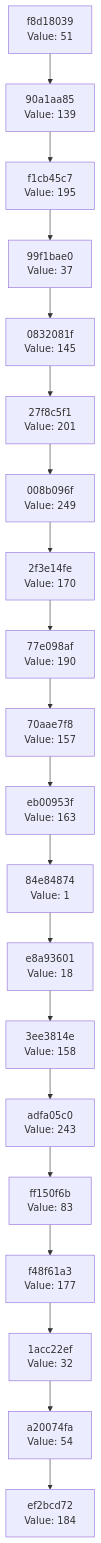
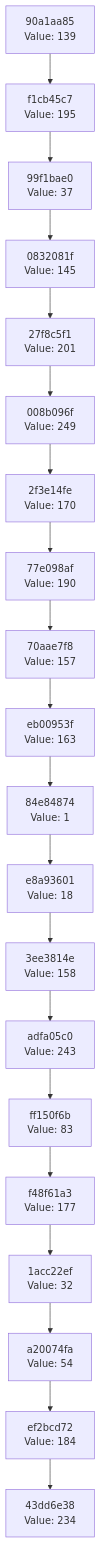
Before and after one commit to Abhisheksinha1506/hash-chain-evolver: the diagram in docs/CHAIN_VISUALIZATION.md, drawn with Mermaid. The commit also changed 2 other files, not shown here.

Commit message:
Evolution step: hash 0xEA → action executed

````diff
--- a/docs/CHAIN_VISUALIZATION.md
+++ b/docs/CHAIN_VISUALIZATION.md
@@ -3,42 +3,42 @@
 ```mermaid
 graph TD
-    C0["ef2bcd72<br/>Value: 184"]
-    C1["a20074fa<br/>Value: 54"]
+    C0["43dd6e38<br/>Value: 234"]
+    C1["ef2bcd72<br/>Value: 184"]
     C1 --> C0
-    C2["1acc22ef<br/>Value: 32"]
+    C2["a20074fa<br/>Value: 54"]
     C2 --> C1
-    C3["f48f61a3<br/>Value: 177"]
+    C3["1acc22ef<br/>Value: 32"]
     C3 --> C2
-    C4["ff150f6b<br/>Value: 83"]
+    C4["f48f61a3<br/>Value: 177"]
     C4 --> C3
-    C5["adfa05c0<br/>Value: 243"]
+    C5["ff150f6b<br/>Value: 83"]
     C5 --> C4
-    C6["3ee3814e<br/>Value: 158"]
+    C6["adfa05c0<br/>Value: 243"]
     C6 --> C5
-    C7["e8a93601<br/>Value: 18"]
+    C7["3ee3814e<br/>Value: 158"]
     C7 --> C6
-    C8["84e84874<br/>Value: 1"]
+    C8["e8a93601<br/>Value: 18"]
     C8 --> C7
-    C9["eb00953f<br/>Value: 163"]
+    C9["84e84874<br/>Value: 1"]
     C9 --> C8
-    C10["70aae7f8<br/>Value: 157"]
+    C10["eb00953f<br/>Value: 163"]
     C10 --> C9
-    C11["77e098af<br/>Value: 190"]
+    C11["70aae7f8<br/>Value: 157"]
     C11 --> C10
-    C12["2f3e14fe<br/>Value: 170"]
+    C12["77e098af<br/>Value: 190"]
     C12 --> C11
-    C13["008b096f<br/>Value: 249"]
+    C13["2f3e14fe<br/>Value: 170"]
     C13 --> C12
-    C14["27f8c5f1<br/>Value: 201"]
+    C14["008b096f<br/>Value: 249"]
     C14 --> C13
-    C15["0832081f<br/>Value: 145"]
+    C15["27f8c5f1<br/>Value: 201"]
     C15 --> C14
-    C16["99f1bae0<br/>Value: 37"]
+    C16["0832081f<br/>Value: 145"]
     C16 --> C15
-    C17["f1cb45c7<br/>Value: 195"]
+    C17["99f1bae0<br/>Value: 37"]
     C17 --> C16
-    C18["90a1aa85<br/>Value: 139"]
+    C18["f1cb45c7<br/>Value: 195"]
     C18 --> C17
-    C19["f8d18039<br/>Value: 51"]
+    C19["90a1aa85<br/>Value: 139"]
     C19 --> C18
 ```
````
